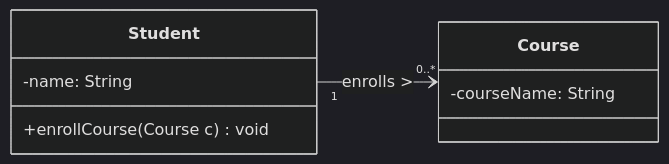
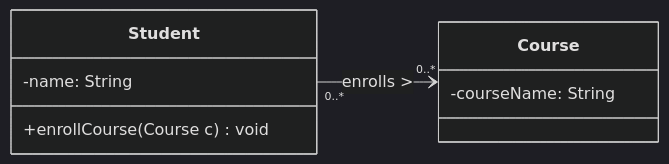
The fifth of 9 diagrams in Part2_Model/ch06_mapping.md (nlhsueh/teach_sw_fw), drawn with Mermaid (dark theme) before and after one commit. The commit also changed other lines of this file and 1 other file, not shown here.

Commit message:
docs: Refactor ch04_static.md with Mermaid diagrams and expand UML tools comparison with draw.io

````diff
--- a/Part2_Model/ch06_mapping.md
+++ b/Part2_Model/ch06_mapping.md
@@ -214,13 +214,13 @@
 ```mermaid
 classDiagram
     direction LR
     class Student {
         -name: String
         +enrollCourse(Course c) void
     }
     class Course {
         -courseName: String
     }
     
-    Student "1" --> "0..*" Course : enrolls >
+    Student "0..*" --> "0..*" Course : enrolls >
 ```
````
